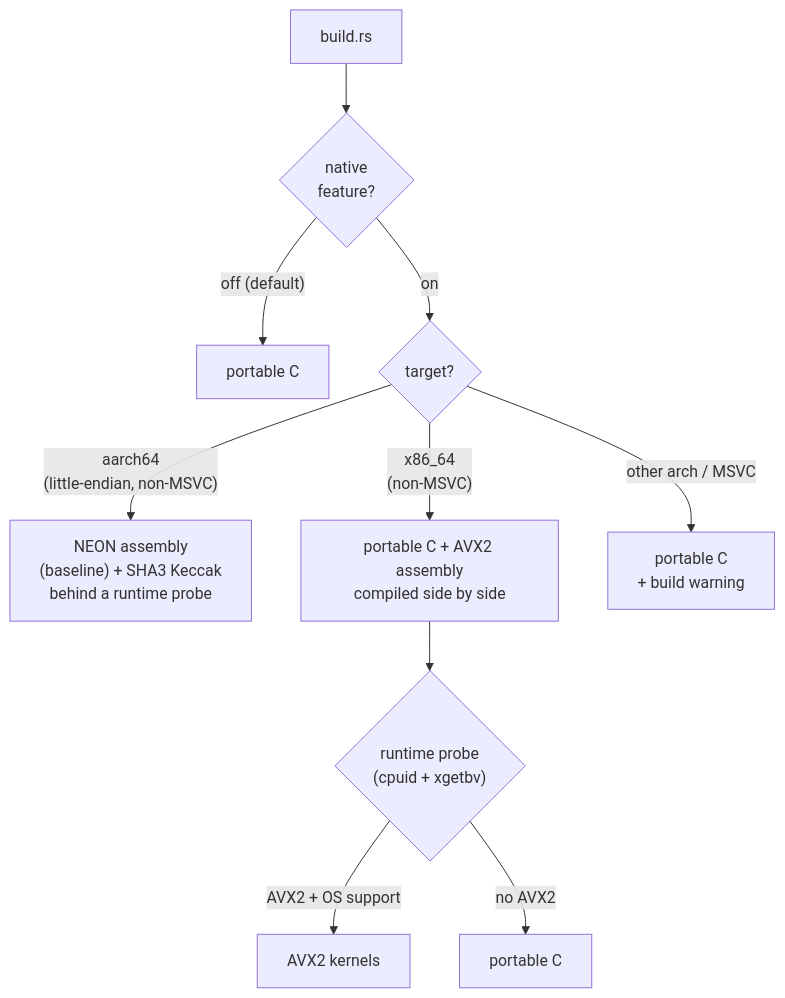
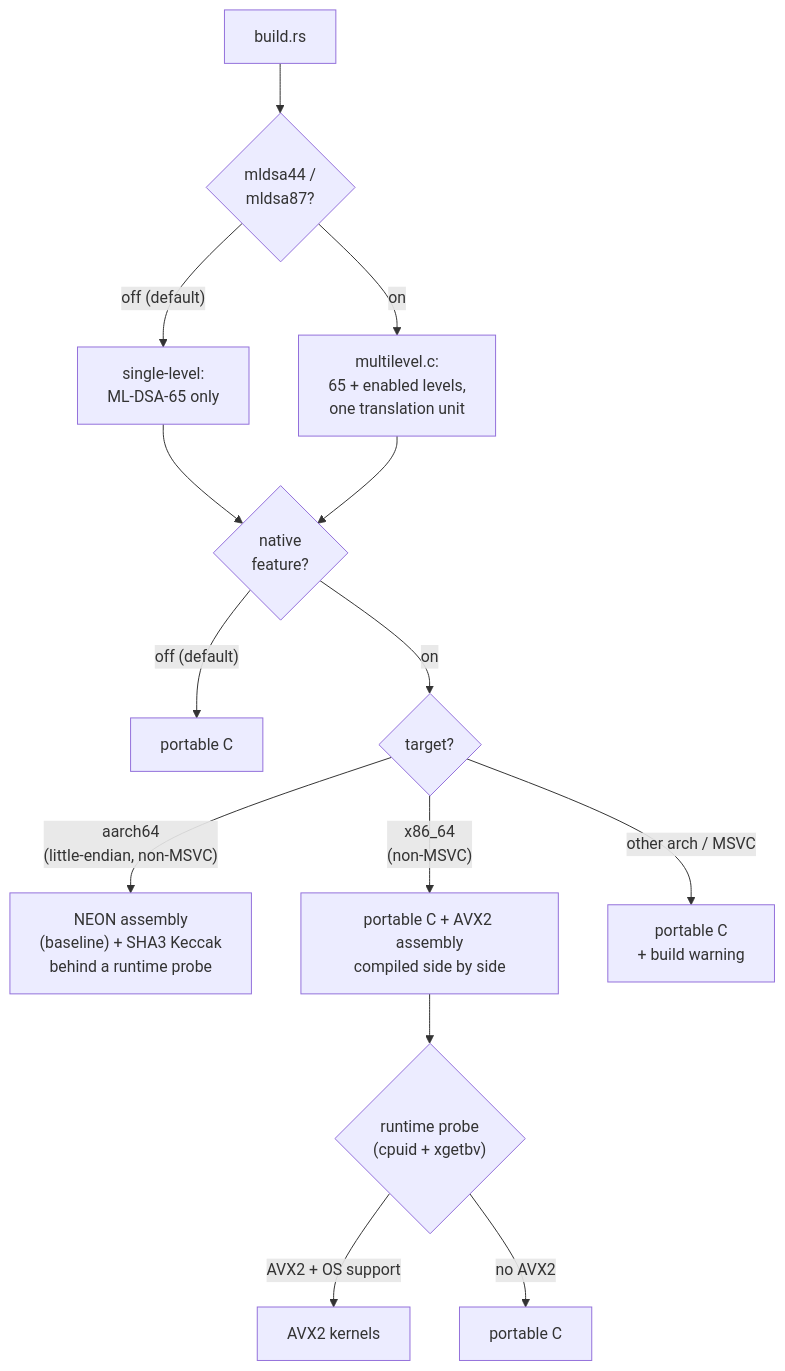
The first of 2 diagrams in README.md (MystenLabs/mysten-mldsa-native-rs), drawn with Mermaid before and after one commit. The commit also changed other lines of this file and 10 other files, not shown here.

````diff
--- a/README.md
+++ b/README.md
@@ -84,13 +114,17 @@
 ```mermaid
 flowchart TD
     A["build.rs"]
-    A --> C{"native<br/>feature?"}
+    A --> L{"mldsa44 /<br/>mldsa87?"}
+    L -- "off (default)" --> S["single-level:<br/>ML-DSA-65 only"]
+    L -- on --> M["multilevel.c:<br/>65 + enabled levels,<br/>one translation unit"]
+    S --> C{"native<br/>feature?"}
+    M --> C
     C -- "off (default)" --> P1["portable C"]
     C -- on --> D{"target?"}
     D -- "aarch64<br/>(little-endian, non-MSVC)" --> N["NEON assembly<br/>(baseline) + SHA3 Keccak<br/>behind a runtime probe"]
     D -- "x86_64<br/>(non-MSVC)" --> X["portable C + AVX2 assembly<br/>compiled side by side"]
     D -- "other arch / MSVC" --> P2["portable C<br/>+ build warning"]
     X --> R{"runtime probe<br/>(cpuid + xgetbv)"}
     R -- "AVX2 + OS support" --> AV["AVX2 kernels"]
     R -- "no AVX2" --> P3["portable C"]
 ```
````
